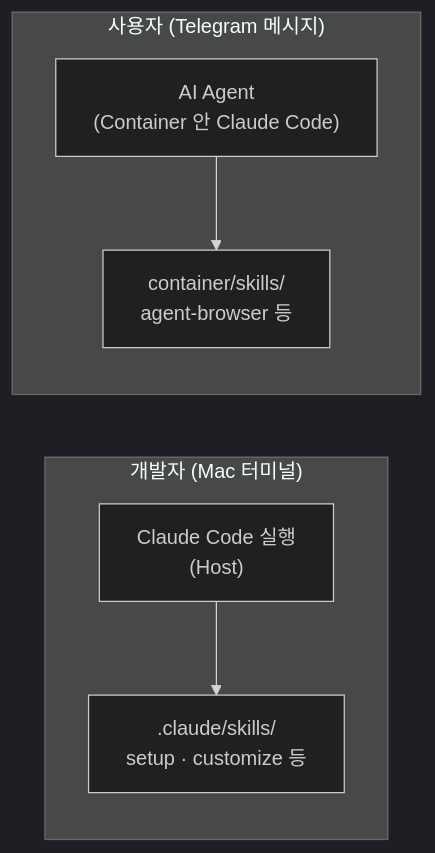
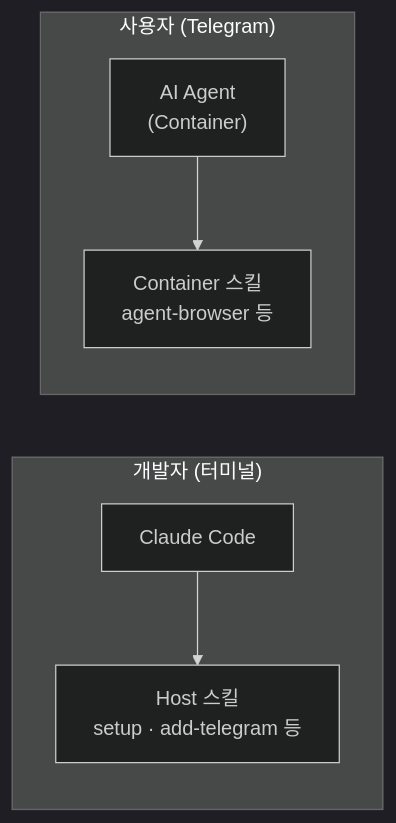
Before and after one commit to neocode24/portfolio: the third of 3 diagrams in src/data/blog/nanoclaw-architecture.md, drawn with Mermaid (dark theme). The commit also changed other lines of this file, not shown here.

````diff
--- a/src/data/blog/nanoclaw-architecture.md
+++ b/src/data/blog/nanoclaw-architecture.md
@@ -106,14 +125,14 @@
 ```mermaid
 flowchart LR
-    subgraph Dev["개발자 (Mac 터미널)"]
-        CC1["Claude Code 실행<br/>(Host)"]
-        SK1[".claude/skills/<br/>setup · customize 등"]
+    subgraph Dev["개발자 (터미널)"]
+        CC1["Claude Code"]
+        SK1["Host 스킬<br/>setup · add-telegram 등"]
         CC1 --> SK1
     end
 
-    subgraph User["사용자 (Telegram 메시지)"]
-        CC2["AI Agent<br/>(Container 안 Claude Code)"]
-        SK2["container/skills/<br/>agent-browser 등"]
+    subgraph User["사용자 (Telegram)"]
+        CC2["AI Agent<br/>(Container)"]
+        SK2["Container 스킬<br/>agent-browser 등"]
         CC2 --> SK2
     end
 ```
````
